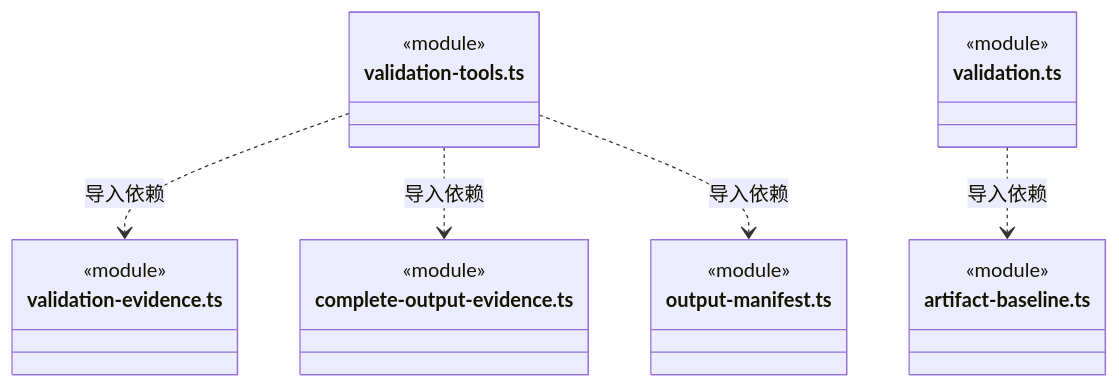
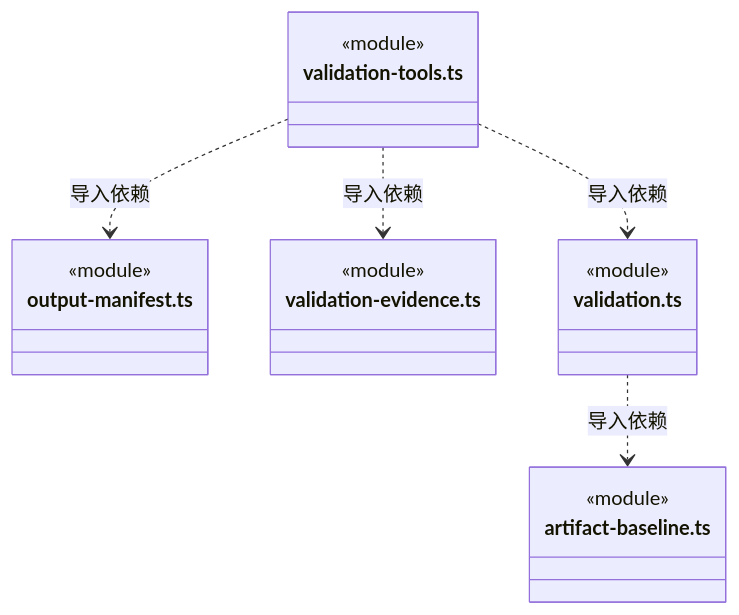
Diagram 43 of 46 in src/logic/evidence/rules/ARCHITECTURE.md (nan023062/cbim), drawn with Mermaid before and after one commit. The commit also changed other lines of this file and 112 other files, not shown here.

Commit message:
docs: align source architecture with current declarations and contracts

````diff
--- a/src/logic/evidence/rules/ARCHITECTURE.md
+++ b/src/logic/evidence/rules/ARCHITECTURE.md
@@ -1002,25 +990,22 @@
 ```mermaid
 classDiagram
 class N_src_logic_evidence_rules_validation_tools_ts["validation-tools.ts"] {
   <<module>>
 }
-class N_src_logic_evidence_rules_validation_evidence_ts["validation-evidence.ts"] {
+class N_src_logic_evidence_rules_output_manifest_ts["output-manifest.ts"] {
   <<module>>
 }
-class N_src_logic_evidence_rules_complete_output_evidence_ts["complete-output-evidence.ts"] {
-  <<module>>
-}
-class N_src_logic_evidence_rules_output_manifest_ts["output-manifest.ts"] {
+class N_src_logic_evidence_rules_validation_evidence_ts["validation-evidence.ts"] {
   <<module>>
 }
 class N_src_logic_evidence_rules_validation_ts["validation.ts"] {
   <<module>>
 }
 class N_src_logic_evidence_rules_artifact_baseline_ts["artifact-baseline.ts"] {
   <<module>>
 }
+N_src_logic_evidence_rules_validation_tools_ts ..> N_src_logic_evidence_rules_output_manifest_ts : 导入依赖
 N_src_logic_evidence_rules_validation_tools_ts ..> N_src_logic_evidence_rules_validation_evidence_ts : 导入依赖
-N_src_logic_evidence_rules_validation_tools_ts ..> N_src_logic_evidence_rules_complete_output_evidence_ts : 导入依赖
-N_src_logic_evidence_rules_validation_tools_ts ..> N_src_logic_evidence_rules_output_manifest_ts : 导入依赖
+N_src_logic_evidence_rules_validation_tools_ts ..> N_src_logic_evidence_rules_validation_ts : 导入依赖
 N_src_logic_evidence_rules_validation_ts ..> N_src_logic_evidence_rules_artifact_baseline_ts : 导入依赖
 ```
````
